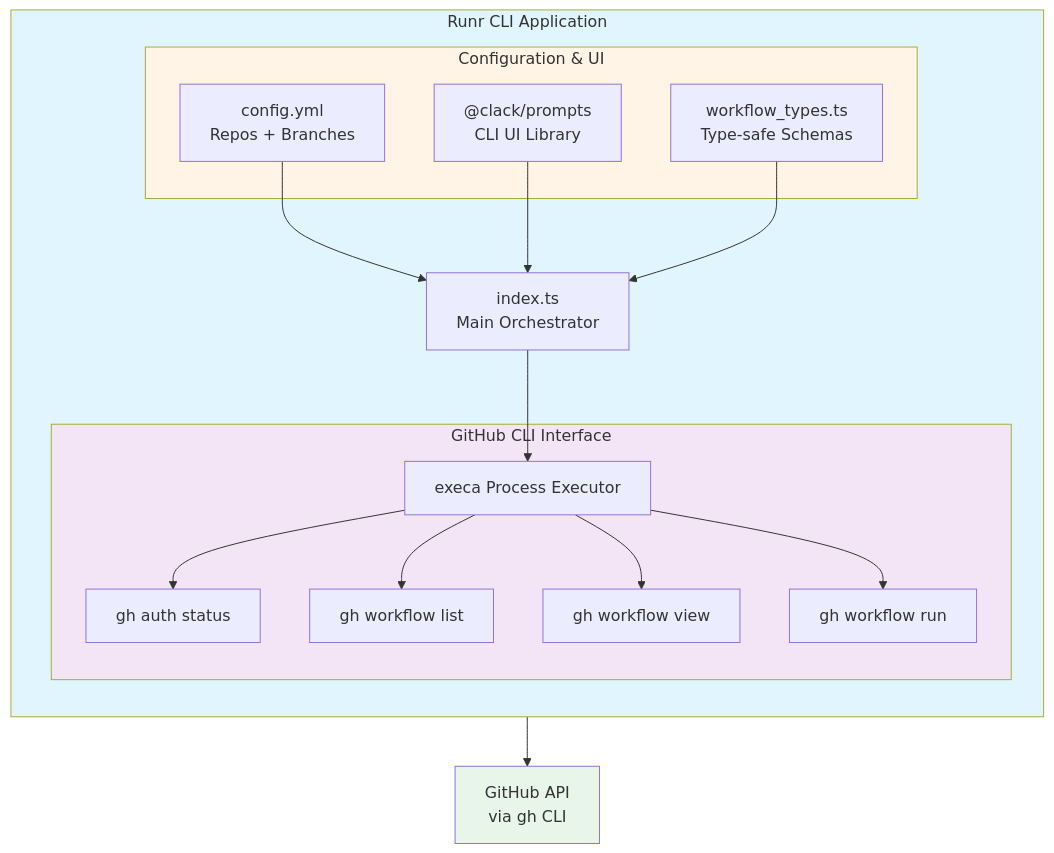
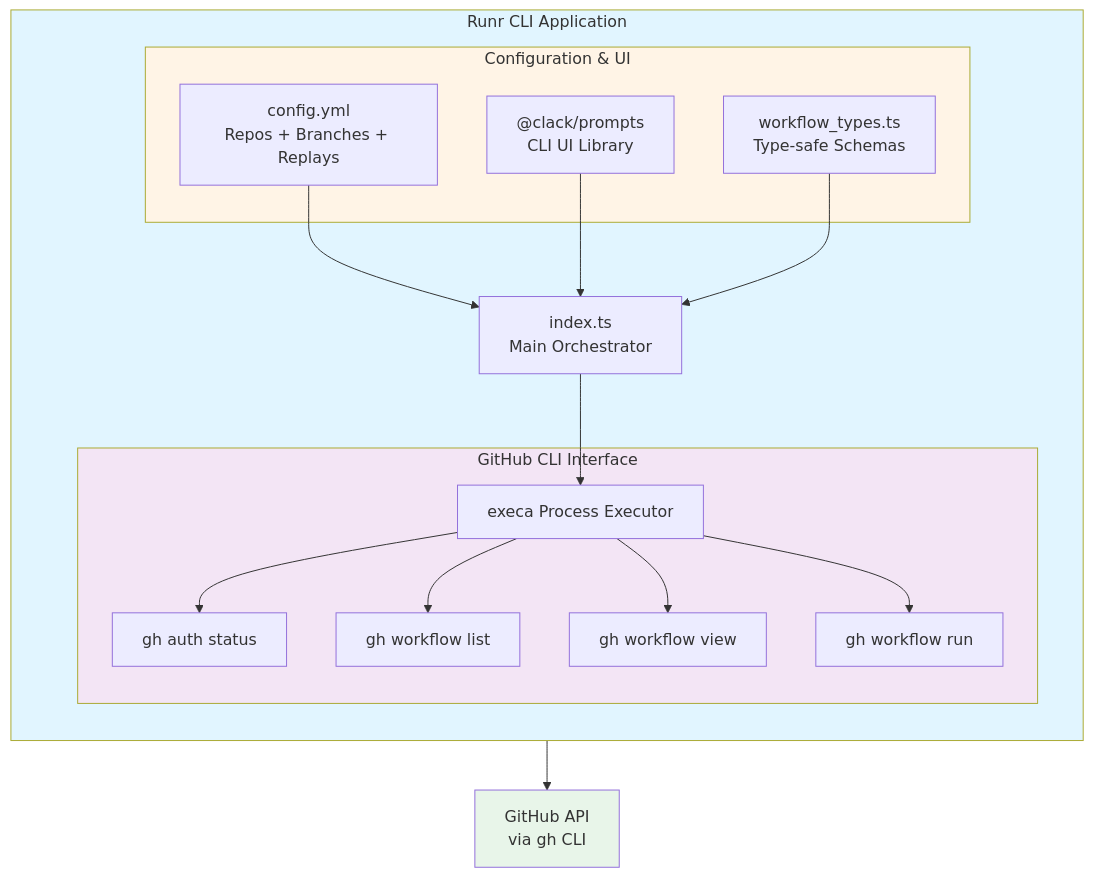
Before and after one commit to pr0methevs/runr: the diagram in README.md, drawn with Mermaid. The commit also changed other lines of this file and 1 other file, not shown here.

First line of the commit message:
docs: update readme usage and add config example

````diff
--- a/README.md
+++ b/README.md
@@ -67,39 +69,39 @@
 ```mermaid
 flowchart TB
     subgraph CLI["Runr CLI Application"]
         direction TB
         
         subgraph Inputs["Configuration & UI"]
-            CONFIG[config.yml<br/>Repos + Branches]
+            CONFIG[config.yml<br/>Repos + Branches + Replays]
             PROMPTS["@clack/prompts<br/>CLI UI Library"]
             TYPES[workflow_types.ts<br/>Type-safe Schemas]
         end
         
         MAIN[index.ts<br/>Main Orchestrator]
         
         subgraph GH["GitHub CLI Interface"]
             EXECA[execa Process Executor]
             AUTH[gh auth status]
             LIST[gh workflow list]
             VIEW[gh workflow view]
             RUN[gh workflow run]
         end
         
         CONFIG --> MAIN
         PROMPTS --> MAIN
         TYPES --> MAIN
         
         MAIN --> EXECA
         EXECA --> AUTH
         EXECA --> LIST
         EXECA --> VIEW
         EXECA --> RUN
     end
     
     GH --> API[GitHub API<br/>via gh CLI]
     
     style CLI fill:#e1f5ff
     style Inputs fill:#fff4e6
     style GH fill:#f3e5f5
     style API fill:#e8f5e9
 ```
````
